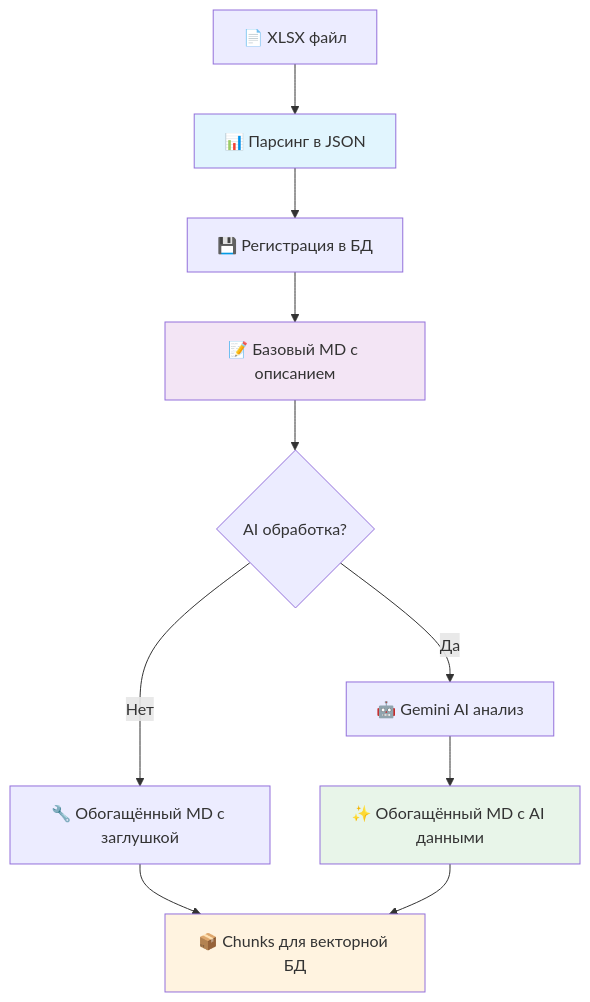
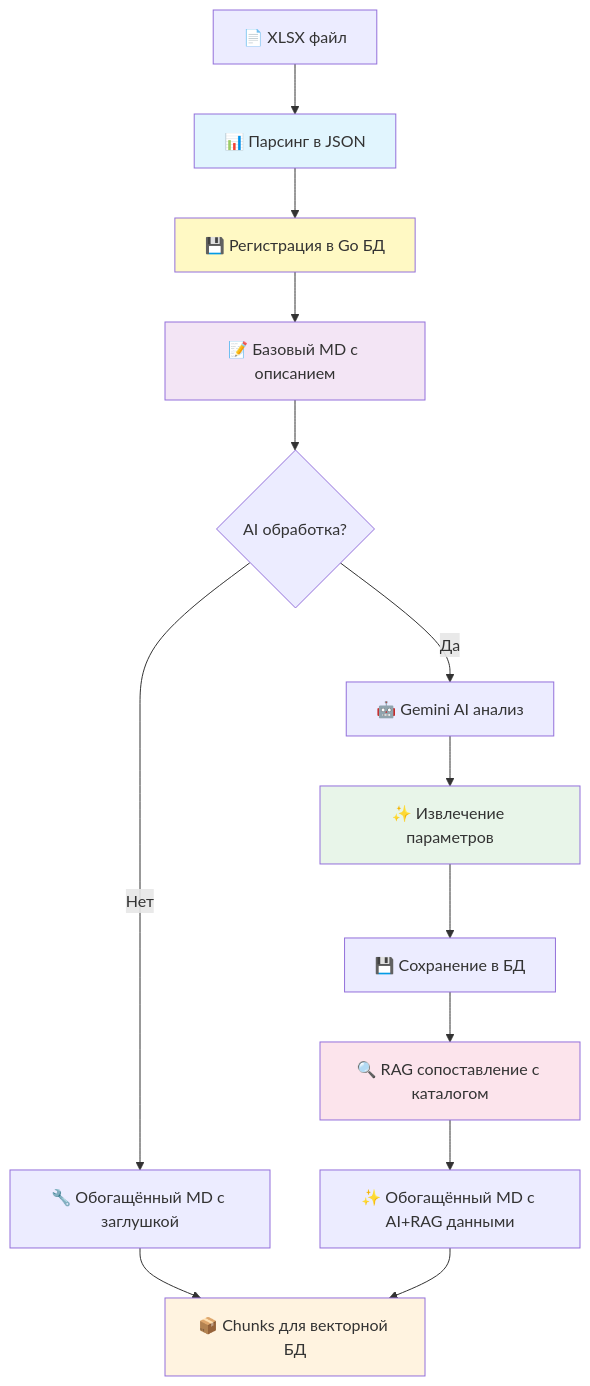
One commit to zhukovvlad/parser_tender_xlsx changed the diagram in README.md. Above: the diagram before and after it, drawn with Mermaid. The commit also changed other lines of this file and 2 other files, not shown here.

First line of the commit message:
Update README: Add comprehensive project description and RAG module fixes

````diff
--- a/README.md
+++ b/README.md
@@ -173,17 +269,22 @@
 ```mermaid
 graph TB
     A[📄 XLSX файл] --> B[📊 Парсинг в JSON]
-    B --> C[💾 Регистрация в БД]
+    B --> C[💾 Регистрация в Go БД]
     C --> D[📝 Базовый MD с описанием]
     D --> E{AI обработка?}
     E -->|Нет| F[🔧 Обогащённый MD с заглушкой]
     E -->|Да| G[🤖 Gemini AI анализ]
-    G --> H[✨ Обогащённый MD с AI данными]
-    F --> I[📦 Chunks для векторной БД]
-    H --> I
+    G --> H[✨ Извлечение параметров]
+    H --> I[💾 Сохранение в БД]
+    I --> J[🔍 RAG сопоставление с каталогом]
+    J --> K[✨ Обогащённый MD с AI+RAG данными]
+    F --> L[📦 Chunks для векторной БД]
+    K --> L
     
     style B fill:#e1f5fe
+    style C fill:#fff9c4
     style D fill:#f3e5f5
     style H fill:#e8f5e9
-    style I fill:#fff3e0
+    style J fill:#fce4ec
+    style L fill:#fff3e0
 ```
````
